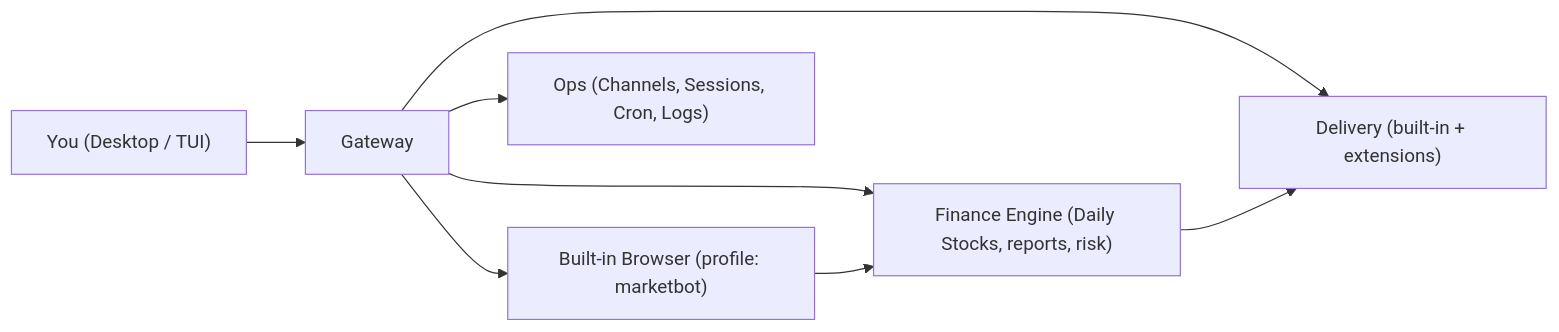
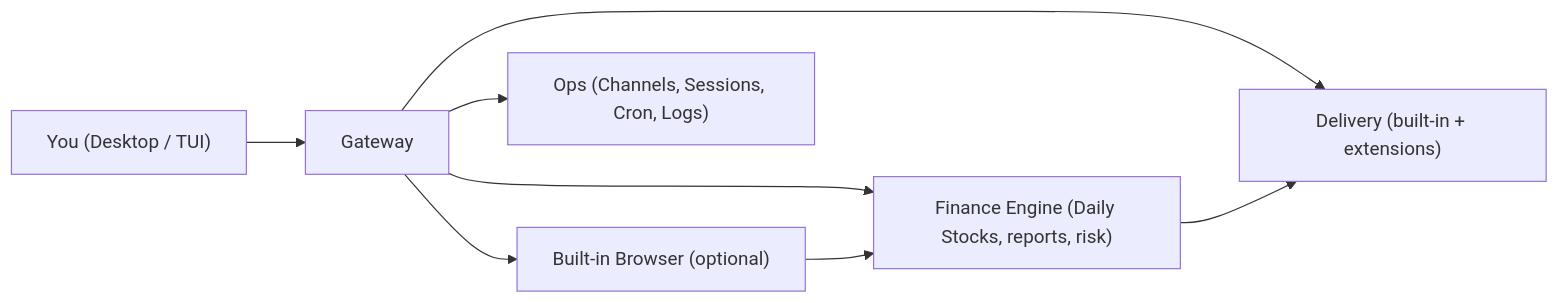
The diagram in README.md (EthanAlgoX/MarketBot), drawn with Mermaid before and after one commit. The commit also changed other lines of this file and 18 other files, not shown here.

````diff
--- a/README.md
+++ b/README.md
@@ -38,10 +38,10 @@
 ```mermaid
 flowchart LR
   U["You (Desktop / TUI)"] --> G["Gateway"]
-  G --> B["Built-in Browser (profile: marketbot)"]
+  G --> B["Built-in Browser (optional)"]
   G --> F["Finance Engine (Daily Stocks, reports, risk)"]
   G --> O["Ops (Channels, Sessions, Cron, Logs)"]
   G --> D["Delivery (built-in + extensions)"]
   B --> F
   F --> D
 ```
````
